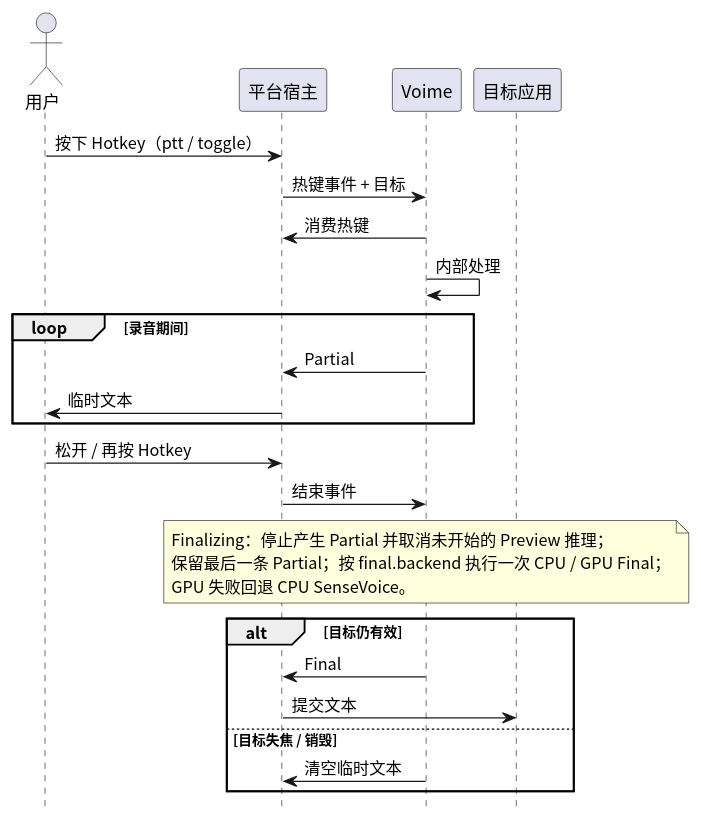
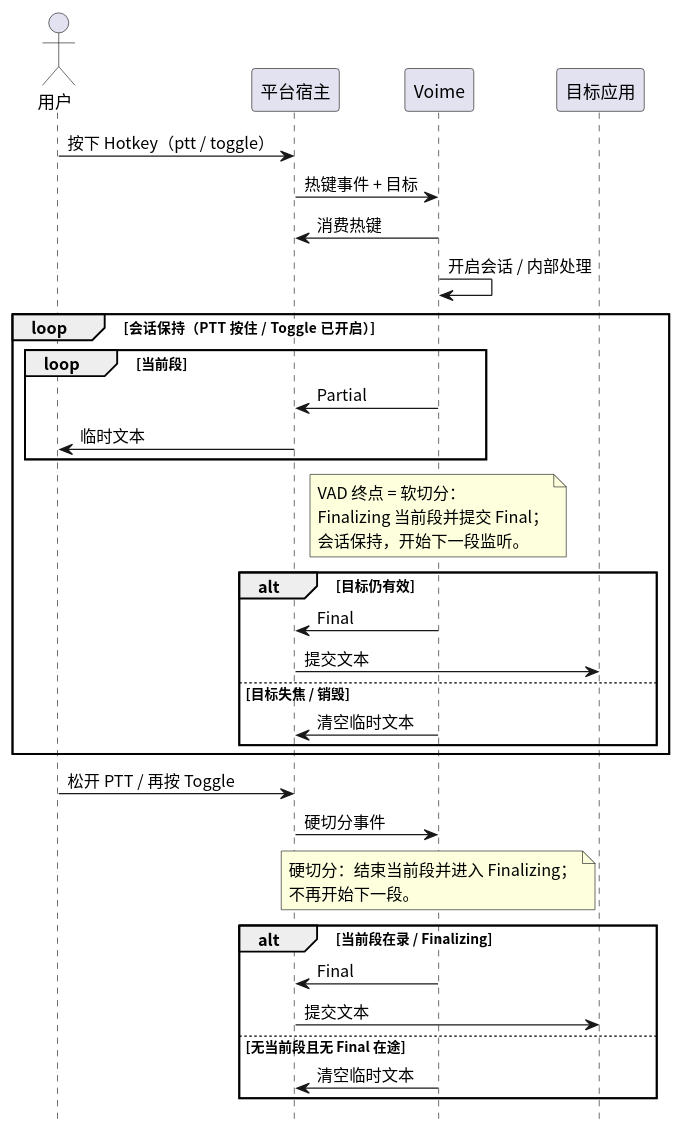
The diagram in diagram/seq-ptt.puml (54m43lJ/voime), drawn with PlantUML before and after one commit. The commit also changed 39 other files, not shown here.

```diff
--- a/diagram/seq-ptt.puml
+++ b/diagram/seq-ptt.puml
@@ -1,35 +1,49 @@
 @startuml
 skinparam defaultFontName "Noto Sans CJK SC"
 skinparam shadowing false
 hide footbox
 
 actor "用户" as User
 participant "平台宿主" as Host
 participant "Voime" as Voime
 participant "目标应用" as App
 
 User -> Host : 按下 Hotkey（ptt / toggle）
 Host -> Voime : 热键事件 + 目标
 Voime -> Host : 消费热键
-Voime -> Voime : 内部处理
+Voime -> Voime : 开启会话 / 内部处理
 
-loop 录音期间
-  Voime -> Host : Partial
-  Host -> User : 临时文本
+loop 会话保持（PTT 按住 / Toggle 已开启）
+  loop 当前段
+    Voime -> Host : Partial
+    Host -> User : 临时文本
+  end
+
+  note over Voime
+    VAD 终点 = 软切分：
+    Finalizing 当前段并提交 Final；
+    会话保持，开始下一段监听。
+  end note
+
+  alt 目标仍有效
+    Voime -> Host : Final
+    Host -> App : 提交文本
+  else 目标失焦 / 销毁
+    Voime -> Host : 清空临时文本
+  end
 end
 
-User -> Host : 松开 / 再按 Hotkey
-Host -> Voime : 结束事件
+User -> Host : 松开 PTT / 再按 Toggle
+Host -> Voime : 硬切分事件
 note over Voime
-  Finalizing：停止产生 Partial 并取消未开始的 Preview 推理；
-  保留最后一条 Partial；按 final.backend 执行一次 CPU / GPU Final；
-  GPU 失败回退 CPU SenseVoice。
+  硬切分：结束当前段并进入 Finalizing；
+  不再开始下一段。
 end note
 
-alt 目标仍有效
+alt 当前段在录 / Finalizing
   Voime -> Host : Final
   Host -> App : 提交文本
-else 目标失焦 / 销毁
+else 无当前段且无 Final 在途
   Voime -> Host : 清空临时文本
 end
 @enduml
```
